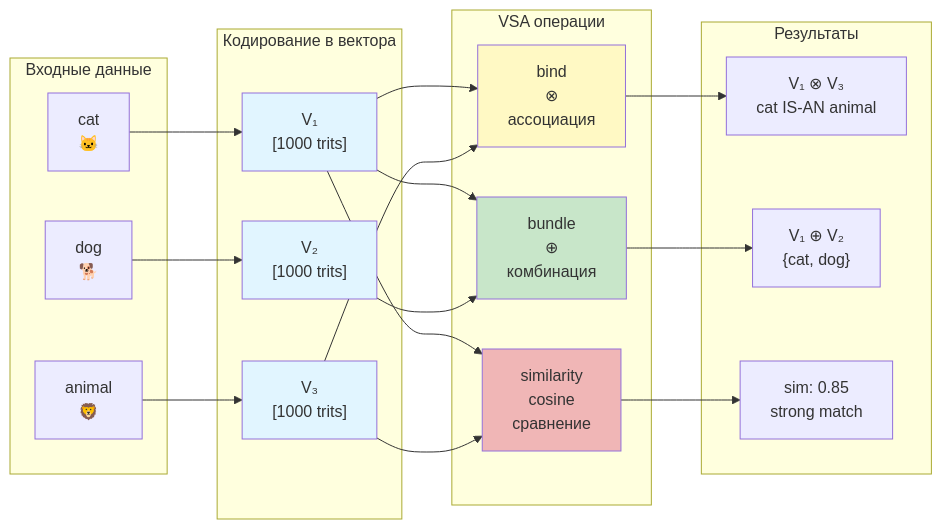
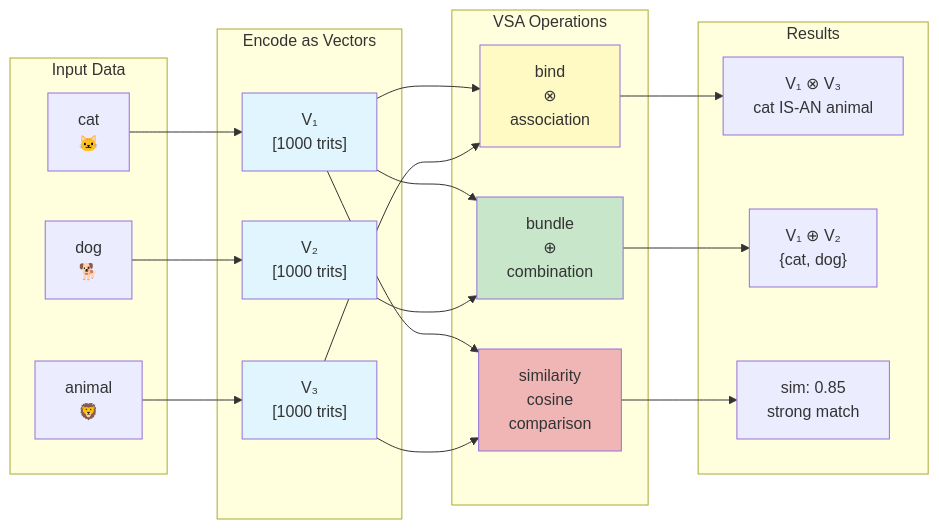
One commit to gHashTag/trinity-fpga changed the diagram in docs/docs/tutorials/vsa-operations.md. Above: the diagram before and after it, drawn with Mermaid. The commit also changed other lines of this file and 55 other files, not shown here.

````diff
--- a/docs/docs/tutorials/vsa-operations.md
+++ b/docs/docs/tutorials/vsa-operations.md
@@ -21,49 +21,49 @@
 ```mermaid
 flowchart LR
-    subgraph Input["Входные данные"]
+    subgraph Input["Input Data"]
         S1["cat<br/>🐱"]
         S2["dog<br/>🐕"]
         S3["animal<br/>🦁"]
     end
 
-    subgraph Encode["Кодирование в вектора"]
+    subgraph Encode["Encode as Vectors"]
         V1["V₁<br/>[1000 trits]"]
         V2["V₂<br/>[1000 trits]"]
         V3["V₃<br/>[1000 trits]"]
     end
 
-    subgraph Ops["VSA операции"]
-        BIND["bind<br/>⊗<br/>ассоциация"]
-        BUNDLE["bundle<br/>⊕<br/>комбинация"]
-        SIM["similarity<br/>cosine<br/>сравнение"]
+    subgraph Ops["VSA Operations"]
+        BIND["bind<br/>⊗<br/>association"]
+        BUNDLE["bundle<br/>⊕<br/>combination"]
+        SIM["similarity<br/>cosine<br/>comparison"]
     end
 
-    subgraph Output["Результаты"]
+    subgraph Output["Results"]
         R1["V₁ ⊗ V₃<br/>cat IS-AN animal"]
         R2["V₁ ⊕ V₂<br/>{cat, dog}"]
         R3["sim: 0.85<br/>strong match"]
     end
 
     S1 --> V1
     S2 --> V2
     S3 --> V3
 
     V1 --> BIND
     V3 --> BIND
     BIND --> R1
 
     V1 --> BUNDLE
     V2 --> BUNDLE
     BUNDLE --> R2
 
     V1 --> SIM
     V3 --> SIM
     SIM --> R3
 
     style V1 fill:#e1f5ff
     style V2 fill:#e1f5ff
     style V3 fill:#e1f5ff
     style BIND fill:#fff9c4
     style BUNDLE fill:#c8e6c9
     style SIM fill:#f0b6b6
 ```
````
